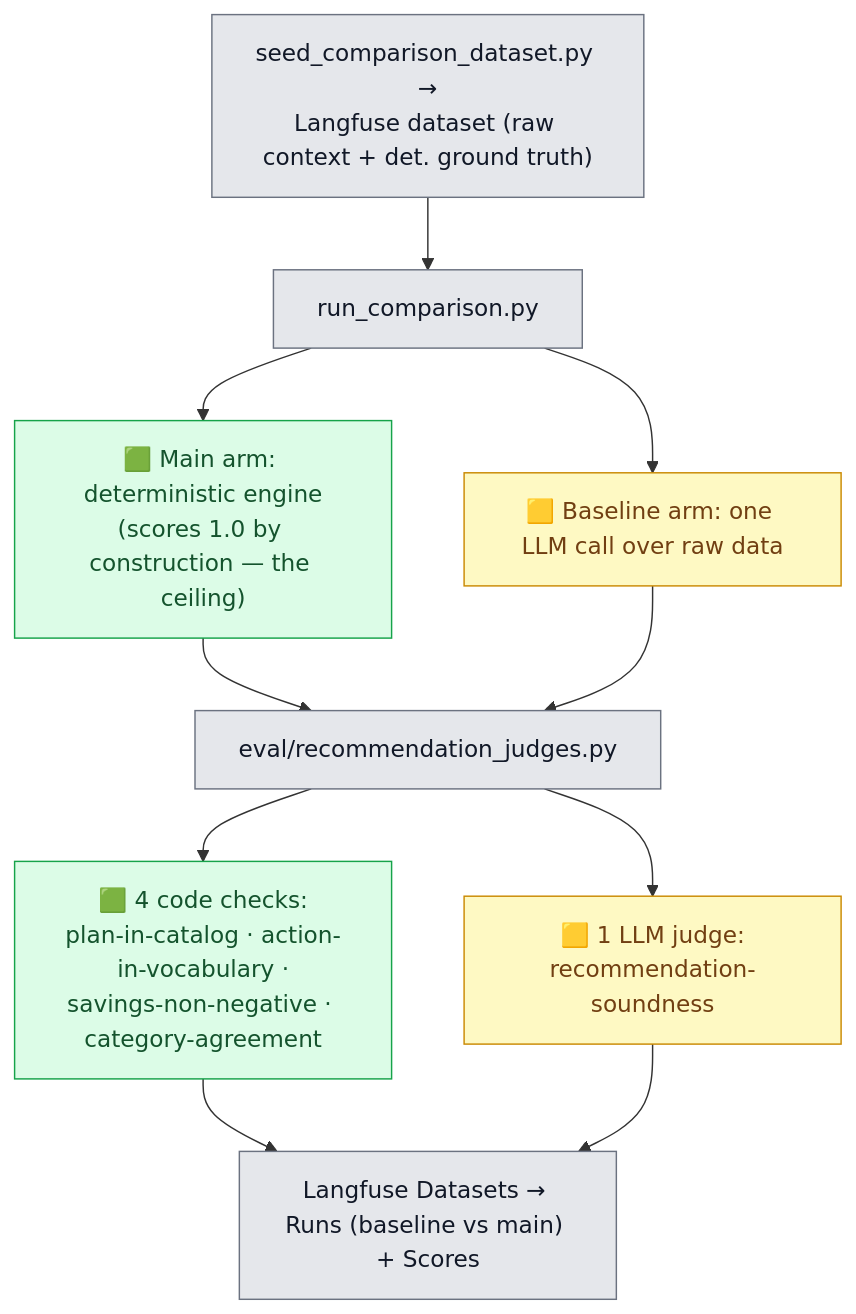
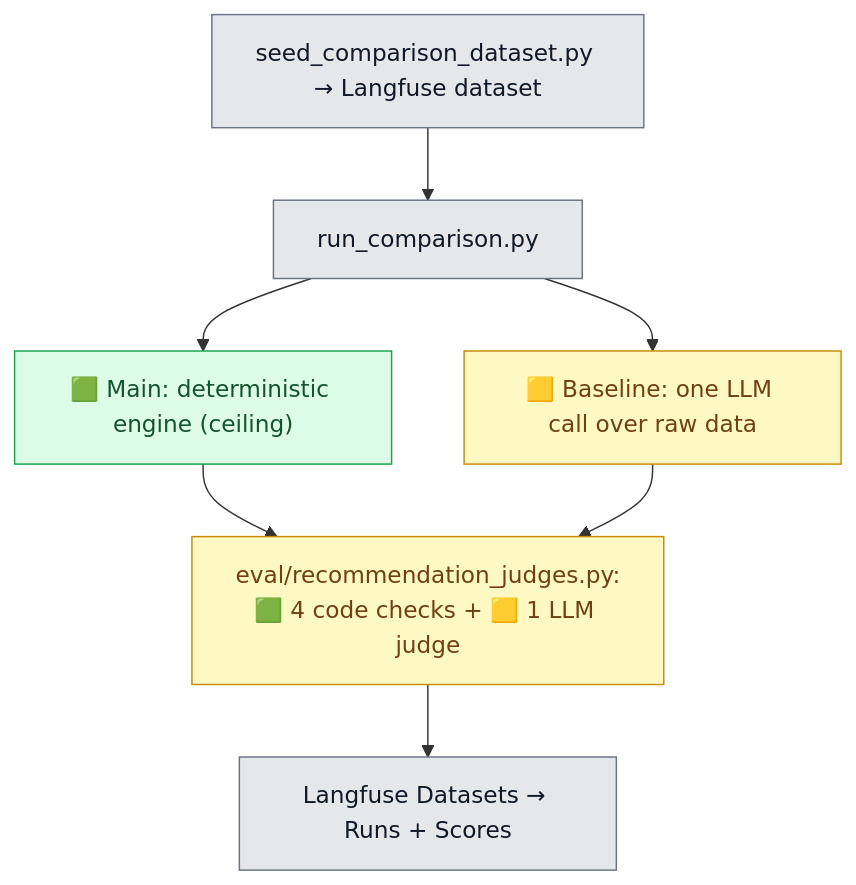
Diagram 12 of 13 in DELIVERABLES/BACKEND_ARCHITECTURE_REPORT.md (tjorgeo/AIIM_DB_mobility_advisior), drawn with Mermaid before and after one commit. The commit also changed other lines of this file and 2 other files, not shown here.

````diff
--- a/DELIVERABLES/BACKEND_ARCHITECTURE_REPORT.md
+++ b/DELIVERABLES/BACKEND_ARCHITECTURE_REPORT.md
@@ -553,17 +439,14 @@
 ```mermaid
 flowchart TD
-    DS["seed_comparison_dataset.py →<br/>Langfuse dataset (raw context + det. ground truth)"] --> RUN["run_comparison.py"]
-    RUN --> ARM1["🟩 Main arm: deterministic engine<br/>(scores 1.0 by construction — the ceiling)"]
-    RUN --> ARM2["🟨 Baseline arm: one LLM call over raw data"]
-    ARM1 & ARM2 --> JUDGE["eval/recommendation_judges.py"]
-    JUDGE --> J1["🟩 4 code checks:<br/>plan-in-catalog · action-in-vocabulary ·<br/>savings-non-negative · category-agreement"]
-    JUDGE --> J2["🟨 1 LLM judge:<br/>recommendation-soundness"]
-    J1 & J2 --> LF["Langfuse Datasets → Runs (baseline vs main) + Scores"]
-
+    DS["seed_comparison_dataset.py → Langfuse dataset"] --> RUN["run_comparison.py"]
+    RUN --> ARM1["🟩 Main: deterministic engine (ceiling)"]
+    RUN --> ARM2["🟨 Baseline: one LLM call over raw data"]
+    ARM1 & ARM2 --> JUDGE["eval/recommendation_judges.py:<br/>🟩 4 code checks + 🟨 1 LLM judge"]
+    JUDGE --> LF["Langfuse Datasets → Runs + Scores"]
     classDef det fill:#dcfce7,stroke:#16a34a,color:#14532d;
     classDef llm fill:#fef9c3,stroke:#ca8a04,color:#713f12;
     classDef store fill:#e5e7eb,stroke:#6b7280,color:#111827;
-    class ARM1,J1 det;
-    class ARM2,J2 llm;
-    class DS,RUN,JUDGE,LF store;
+    class ARM1 det;
+    class ARM2,JUDGE llm;
+    class DS,RUN,LF store;
 ```
````
